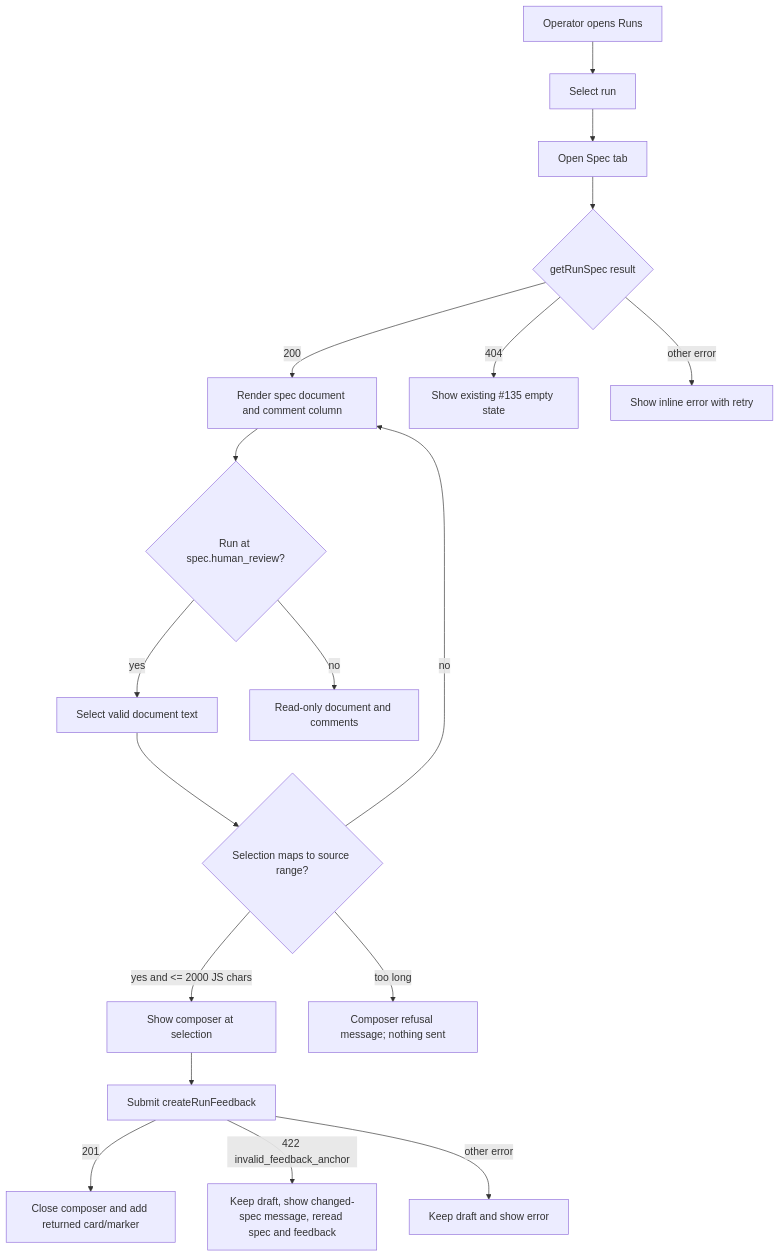
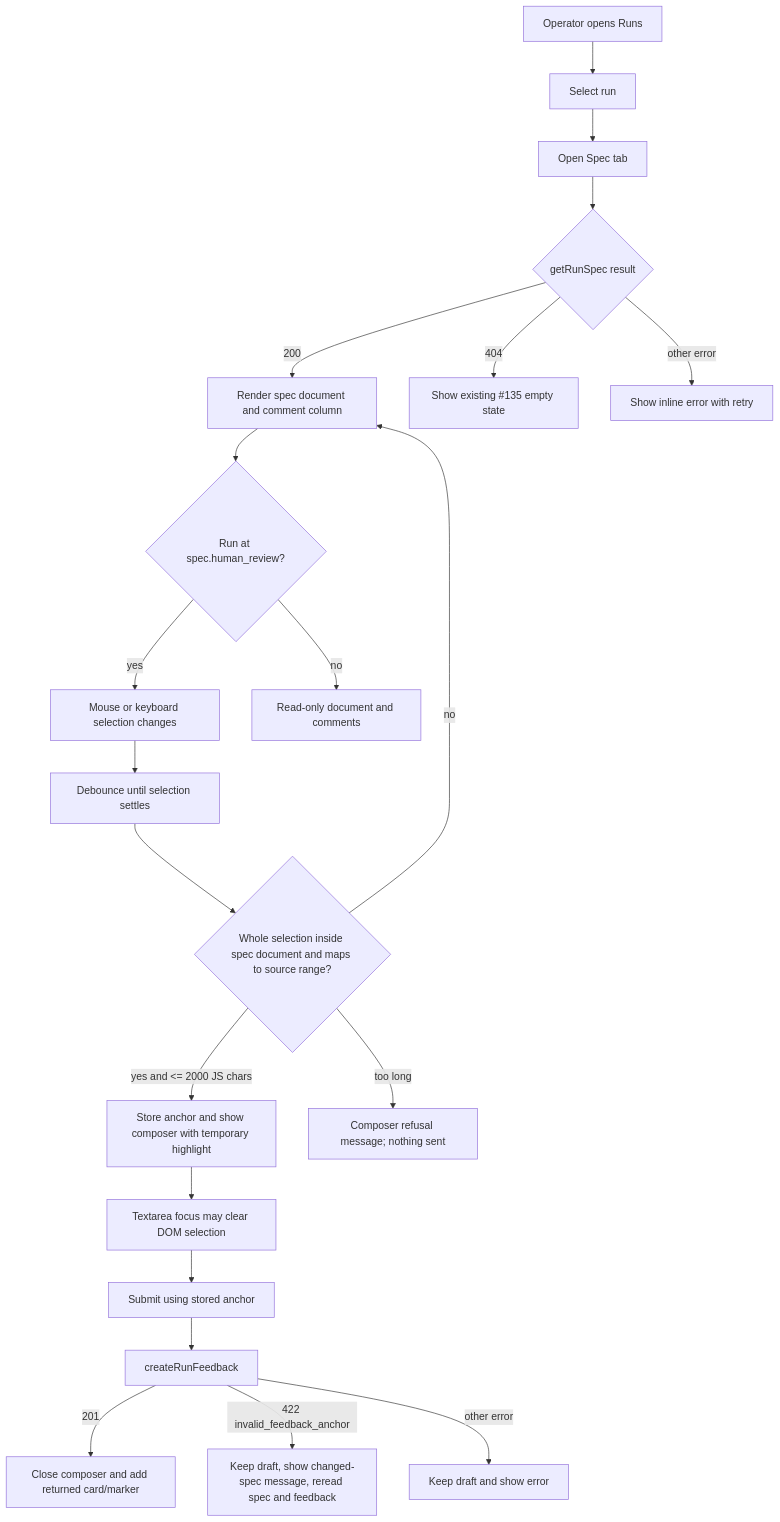
The first of 4 diagrams in context-human/specs/feature-review-spec-anchored-comments.md (markdstafford/autocatalyst), drawn with Mermaid before and after one commit. The commit also changed other lines of this file, not shown here.

Commit message:
docs: revise feature spec review-spec-anchored-comments

````diff
--- a/context-human/specs/feature-review-spec-anchored-comments.md
+++ b/context-human/specs/feature-review-spec-anchored-comments.md
@@ -90,20 +91,23 @@
 ```mermaid
 graph TD
     A[Operator opens Runs] --> B[Select run]
     B --> C[Open Spec tab]
     C --> D{getRunSpec result}
     D -->|200| E[Render spec document and comment column]
     D -->|404| F[Show existing #135 empty state]
     D -->|other error| G[Show inline error with retry]
     E --> H{Run at spec.human_review?}
-    H -->|yes| I[Select valid document text]
+    H -->|yes| I[Mouse or keyboard selection changes]
     H -->|no| J[Read-only document and comments]
-    I --> K{Selection maps to source range?}
-    K -->|yes and <= 2000 JS chars| L[Show composer at selection]
-    K -->|no| E
-    K -->|too long| M[Composer refusal message; nothing sent]
-    L --> N[Submit createRunFeedback]
-    N -->|201| O[Close composer and add returned card/marker]
-    N -->|422 invalid_feedback_anchor| P[Keep draft, show changed-spec message, reread spec and feedback]
-    N -->|other error| Q[Keep draft and show error]
+    I --> K[Debounce until selection settles]
+    K --> L{Whole selection inside spec document and maps to source range?}
+    L -->|yes and <= 2000 JS chars| M[Store anchor and show composer with temporary highlight]
+    L -->|no| E
+    L -->|too long| N[Composer refusal message; nothing sent]
+    M --> O[Textarea focus may clear DOM selection]
+    O --> P[Submit using stored anchor]
+    P --> Q[createRunFeedback]
+    Q -->|201| R[Close composer and add returned card/marker]
+    Q -->|422 invalid_feedback_anchor| S[Keep draft, show changed-spec message, reread spec and feedback]
+    Q -->|other error| T[Keep draft and show error]
 ```
````
